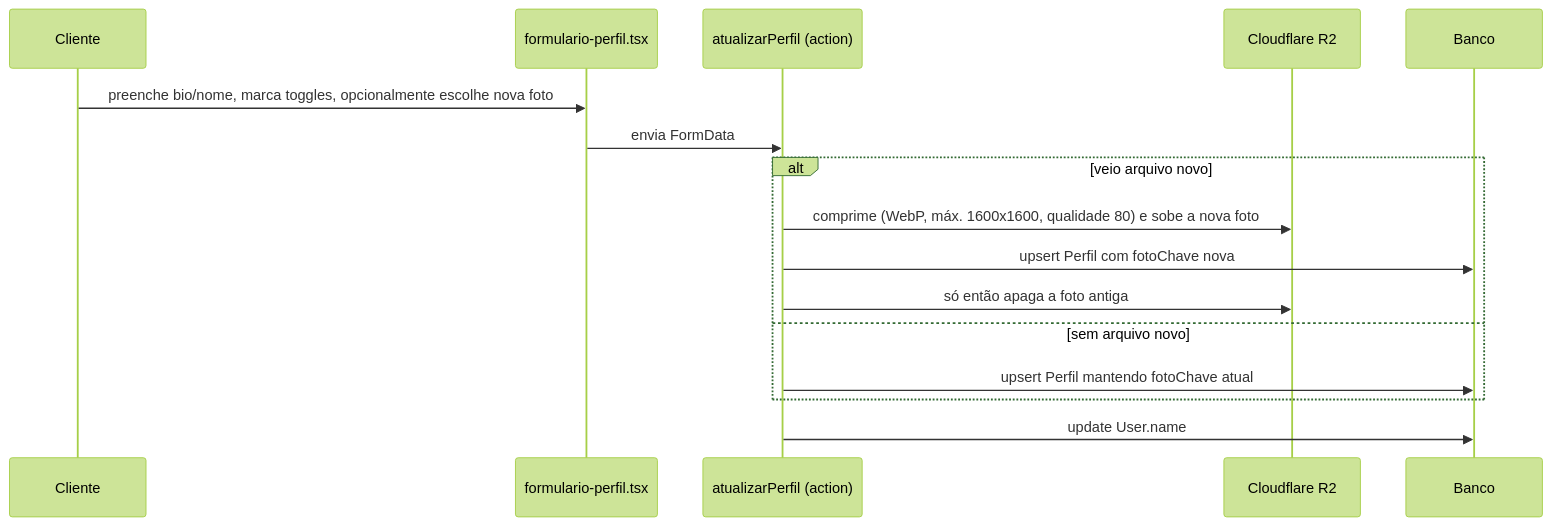
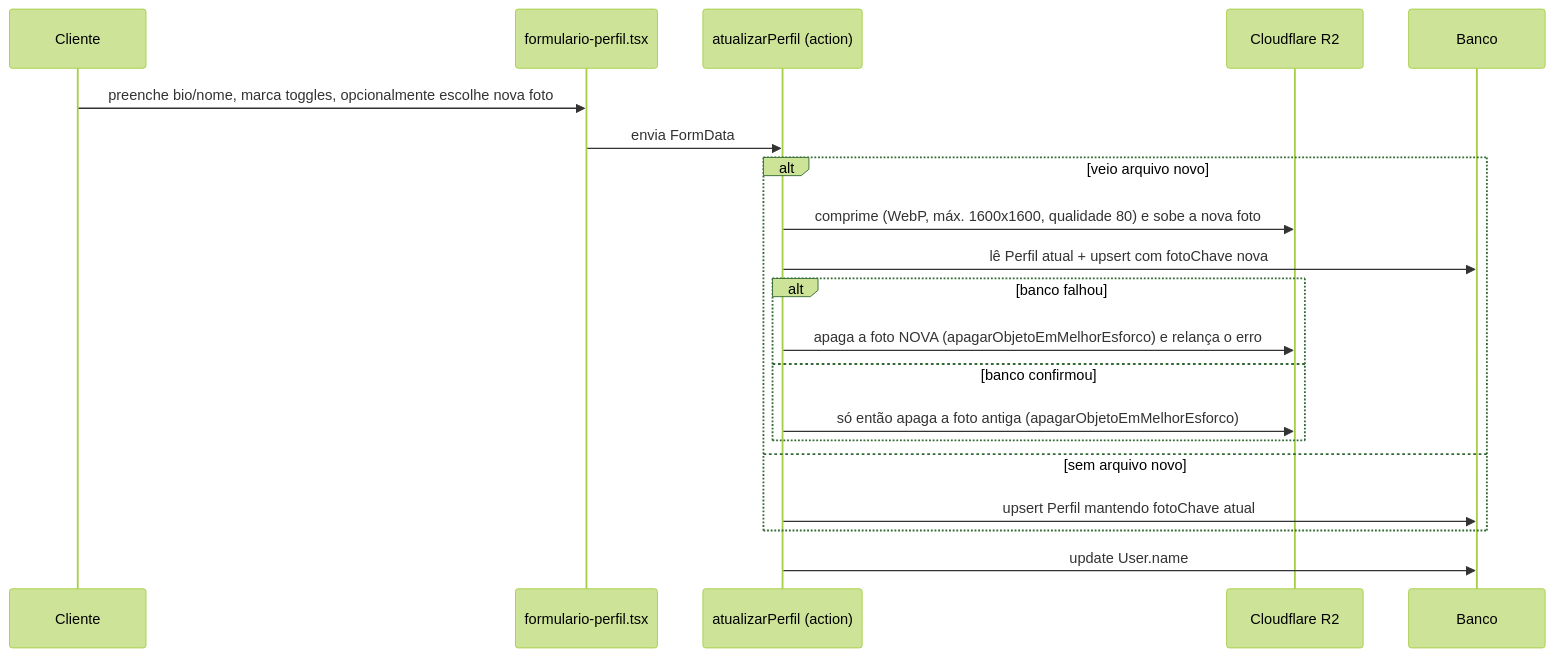
Before and after one commit to Willsmt/comunidade-belle-et-belle: the first of 2 diagrams in docs/features/perfil.md, drawn with Mermaid (forest theme). The commit also changed other lines of this file and 7 other files, not shown here.

````diff
--- a/docs/features/perfil.md
+++ b/docs/features/perfil.md
@@ -52,19 +52,23 @@
 ```mermaid
 sequenceDiagram
     participant C as Cliente
     participant F as formulario-perfil.tsx
     participant A as atualizarPerfil (action)
     participant R2 as Cloudflare R2
     participant DB as Banco
 
     C->>F: preenche bio/nome, marca toggles, opcionalmente escolhe nova foto
     F->>A: envia FormData
     alt veio arquivo novo
         A->>R2: comprime (WebP, máx. 1600x1600, qualidade 80) e sobe a nova foto
-        A->>DB: upsert Perfil com fotoChave nova
-        A->>R2: só então apaga a foto antiga
+        A->>DB: lê Perfil atual + upsert com fotoChave nova
+        alt banco falhou
+            A->>R2: apaga a foto NOVA (apagarObjetoEmMelhorEsforco) e relança o erro
+        else banco confirmou
+            A->>R2: só então apaga a foto antiga (apagarObjetoEmMelhorEsforco)
+        end
     else sem arquivo novo
         A->>DB: upsert Perfil mantendo fotoChave atual
     end
     A->>DB: update User.name
 ```
````
